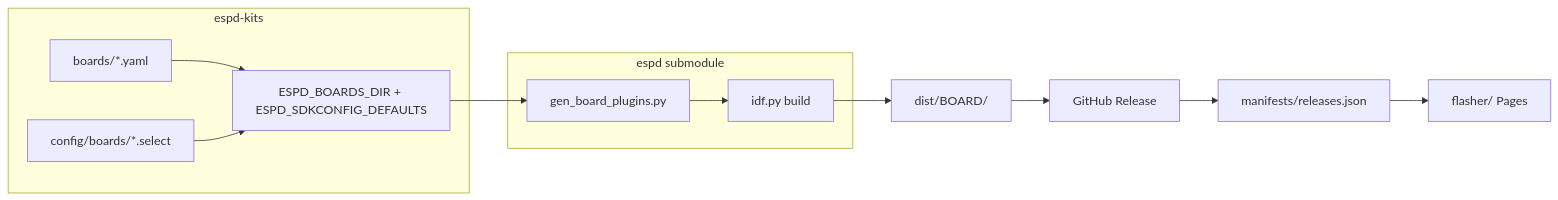
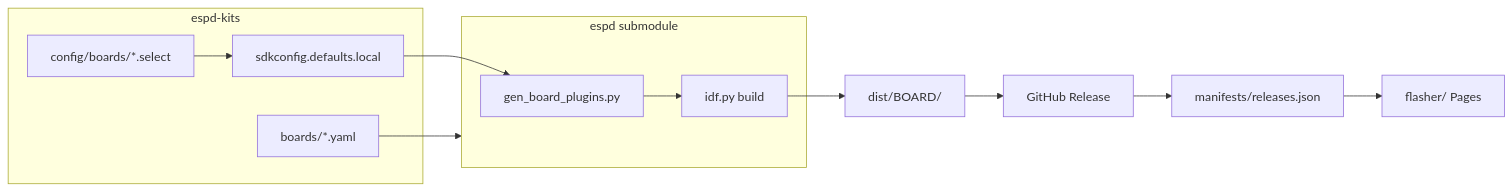
Before and after one commit to ben-wes/espd-kits: the diagram in docs/ARCHITECTURE.md, drawn with Mermaid. The commit also changed other lines of this file and 4 other files, not shown here.

First line of the commit message:
Fix kit CI: sdkconfig.defaults.local overlay and bump espd submodule.

````diff
--- a/docs/ARCHITECTURE.md
+++ b/docs/ARCHITECTURE.md
@@ -44,20 +42,20 @@
 ```mermaid
 flowchart LR
   subgraph kits [espd-kits]
     BY[boards/*.yaml]
     SEL[config/boards/*.select]
-    ENV[ESPD_BOARDS_DIR + ESPD_SDKCONFIG_DEFAULTS]
+    LOC[sdkconfig.defaults.local]
   end
   subgraph espd [espd submodule]
     GEN[gen_board_plugins.py]
     IDF[idf.py build]
   end
-  BY --> ENV
-  SEL --> ENV
-  ENV --> GEN
+  BY --> espd
+  SEL --> LOC
+  LOC --> GEN
   GEN --> IDF
   IDF --> ART[dist/BOARD/]
   ART --> REL[GitHub Release]
   REL --> MAN[manifests/releases.json]
   MAN --> WEB[flasher/ Pages]
 ```
````
